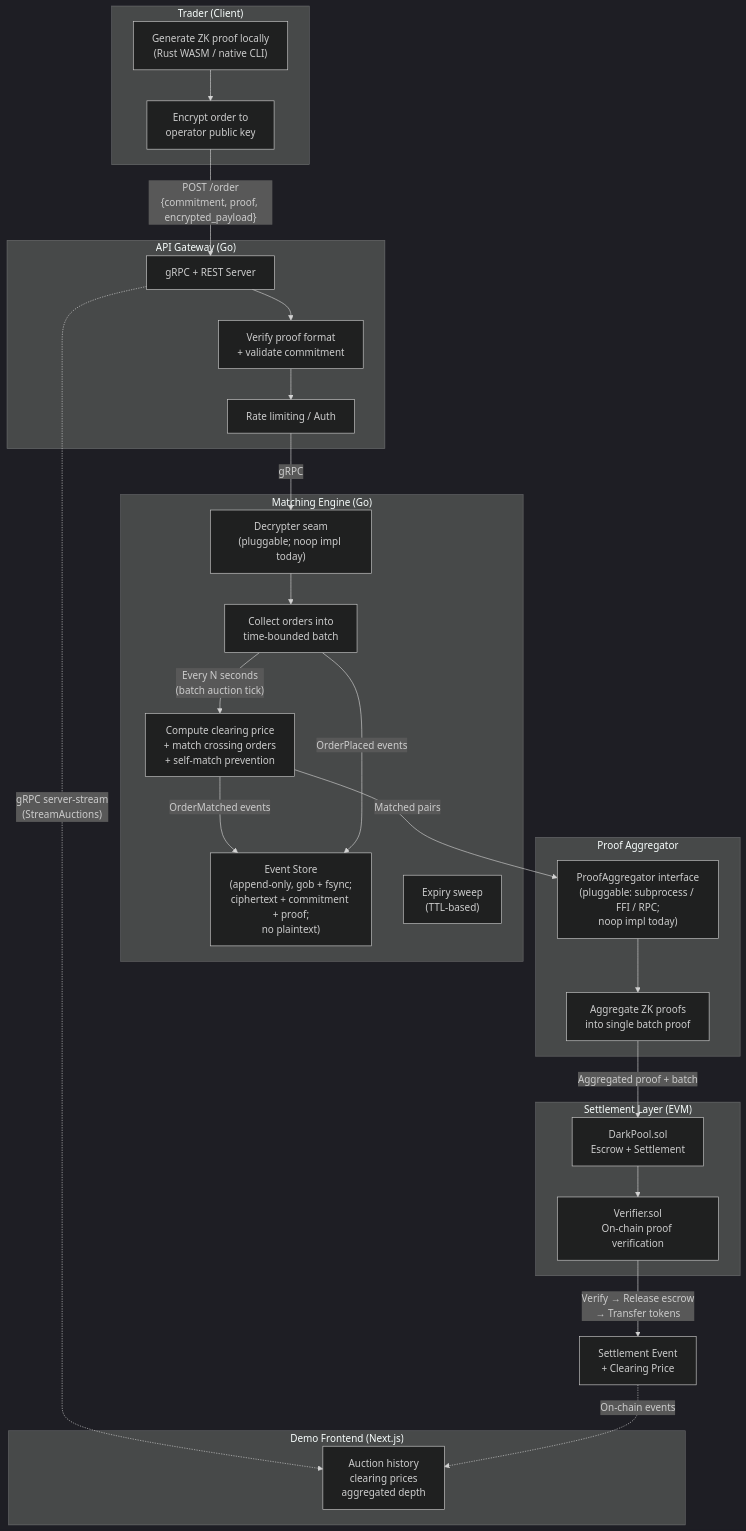
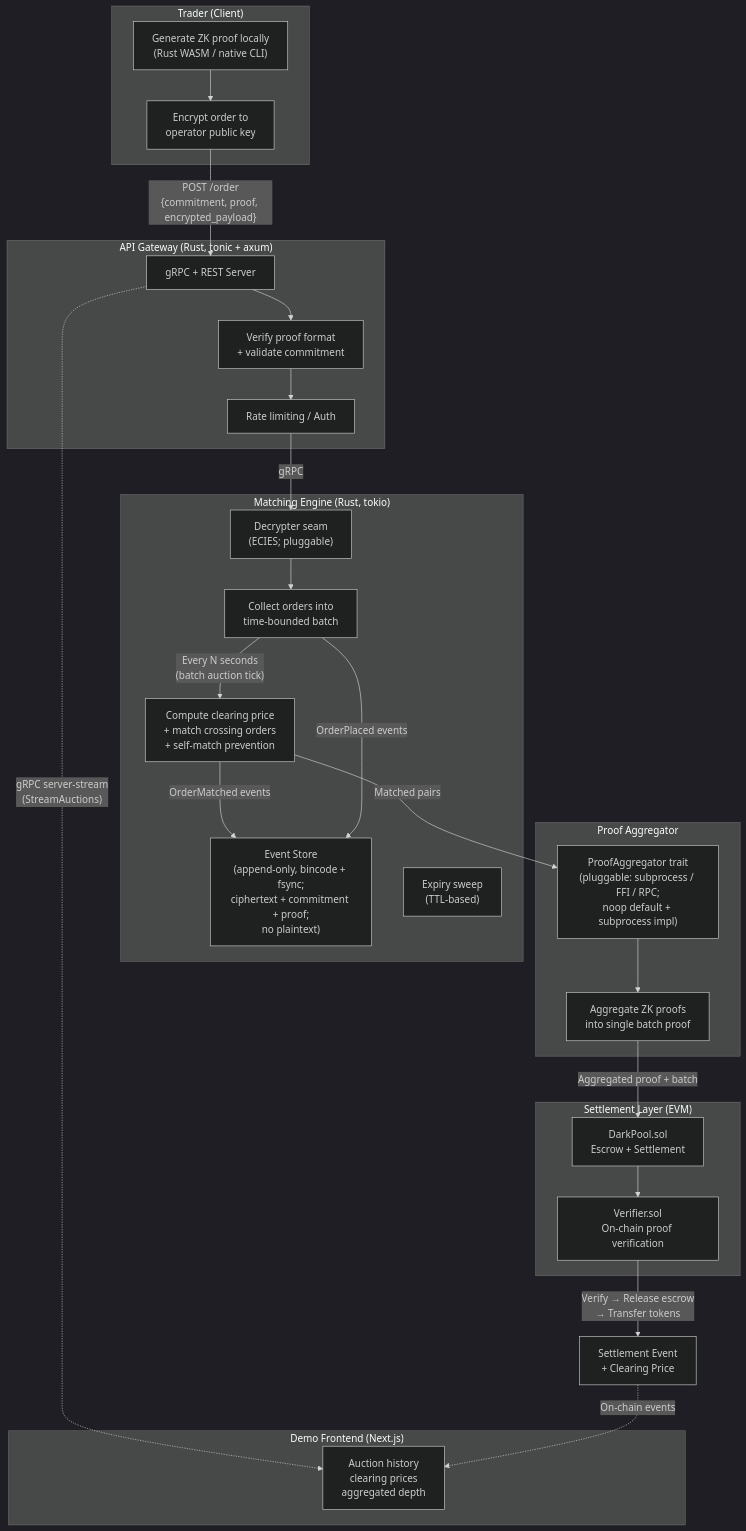
Before and after one commit to Dnreikronos/DarkPool-Exchange: the diagram in README.md, drawn with Mermaid (dark theme). The commit also changed other lines of this file and 2 other files, not shown here.

First line of the commit message:
Refresh docs to reflect the Rust-only stack

````diff
--- a/README.md
+++ b/README.md
@@ -35,52 +35,52 @@
 ```mermaid
 flowchart TB
     subgraph Client["Trader (Client)"]
         A1["Generate ZK proof locally\n(Rust WASM / native CLI)"]
         A2["Encrypt order to\noperator public key"]
     end
 
-    subgraph API["API Gateway (Go)"]
+    subgraph API["API Gateway (Rust, tonic + axum)"]
         B["gRPC + REST Server"]
         B1["Verify proof format\n+ validate commitment"]
         B2["Rate limiting / Auth"]
     end
 
-    subgraph Engine["Matching Engine (Go)"]
-        C["Decrypter seam\n(pluggable; noop impl today)"]
+    subgraph Engine["Matching Engine (Rust, tokio)"]
+        C["Decrypter seam\n(ECIES; pluggable)"]
         D["Collect orders into\ntime-bounded batch"]
         D2["Compute clearing price\n+ match crossing orders\n+ self-match prevention"]
-        ES["Event Store\n(append-only, gob + fsync;\nciphertext + commitment + proof;\nno plaintext)"]
+        ES["Event Store\n(append-only, bincode + fsync;\nciphertext + commitment + proof;\nno plaintext)"]
         EX["Expiry sweep\n(TTL-based)"]
     end
 
     subgraph Aggregator["Proof Aggregator"]
-        F["ProofAggregator interface\n(pluggable: subprocess / FFI / RPC;\nnoop impl today)"]
+        F["ProofAggregator trait\n(pluggable: subprocess / FFI / RPC;\nnoop default + subprocess impl)"]
         G["Aggregate ZK proofs\ninto single batch proof"]
     end
 
     subgraph Contracts["Settlement Layer (EVM)"]
         H["DarkPool.sol\nEscrow + Settlement"]
         I["Verifier.sol\nOn-chain proof verification"]
     end
 
     subgraph Frontend["Demo Frontend (Next.js)"]
         J["Auction history\nclearing prices\naggregated depth"]
     end
 
     A1 --> A2
     A2 -- "POST /order\n{commitment, proof, encrypted_payload}" --> B
     B --> B1 --> B2
     B2 -- "gRPC" --> C
     C --> D
     D -- "Every N seconds\n(batch auction tick)" --> D2
     D2 -- "OrderMatched events" --> ES
     D -- "OrderPlaced events" --> ES
     D2 -- "Matched pairs" --> F
     F --> G
     G -- "Aggregated proof + batch" --> H
     H --> I
     I -- "Verify → Release escrow\n→ Transfer tokens" --> K["Settlement Event\n+ Clearing Price"]
 
     B -. "gRPC server-stream\n(StreamAuctions)" .-> J
     K -. "On-chain events" .-> J
 ```
````
